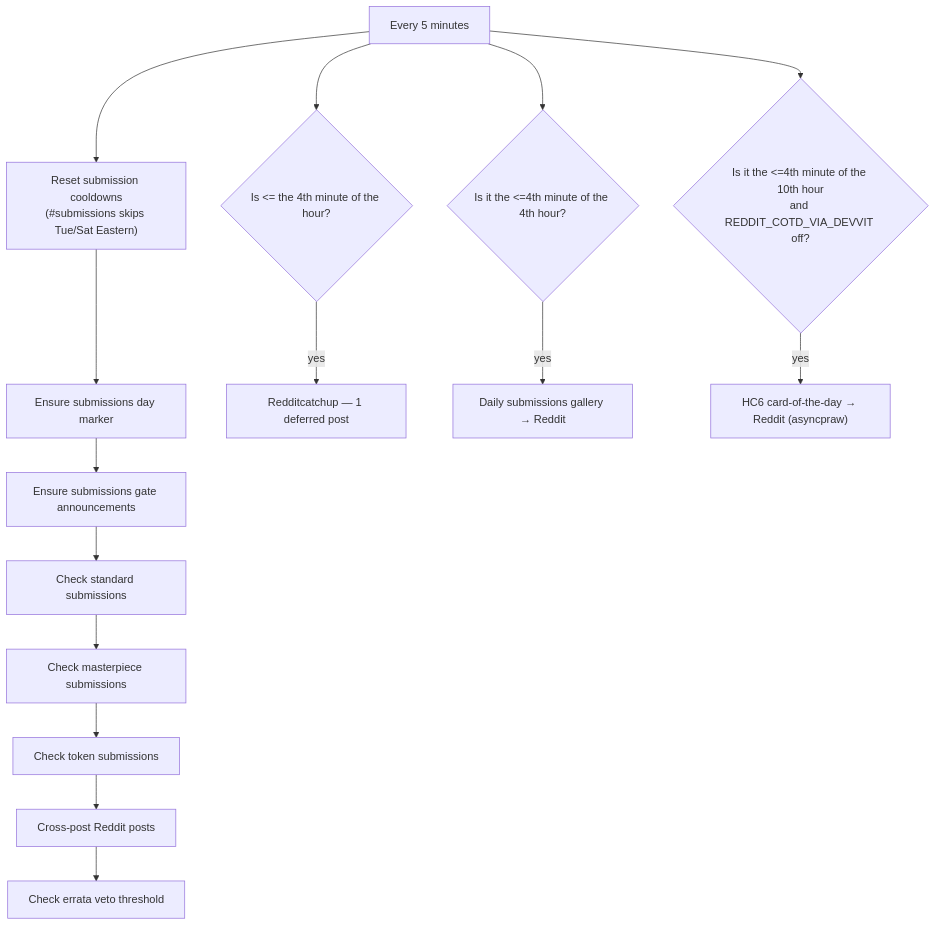
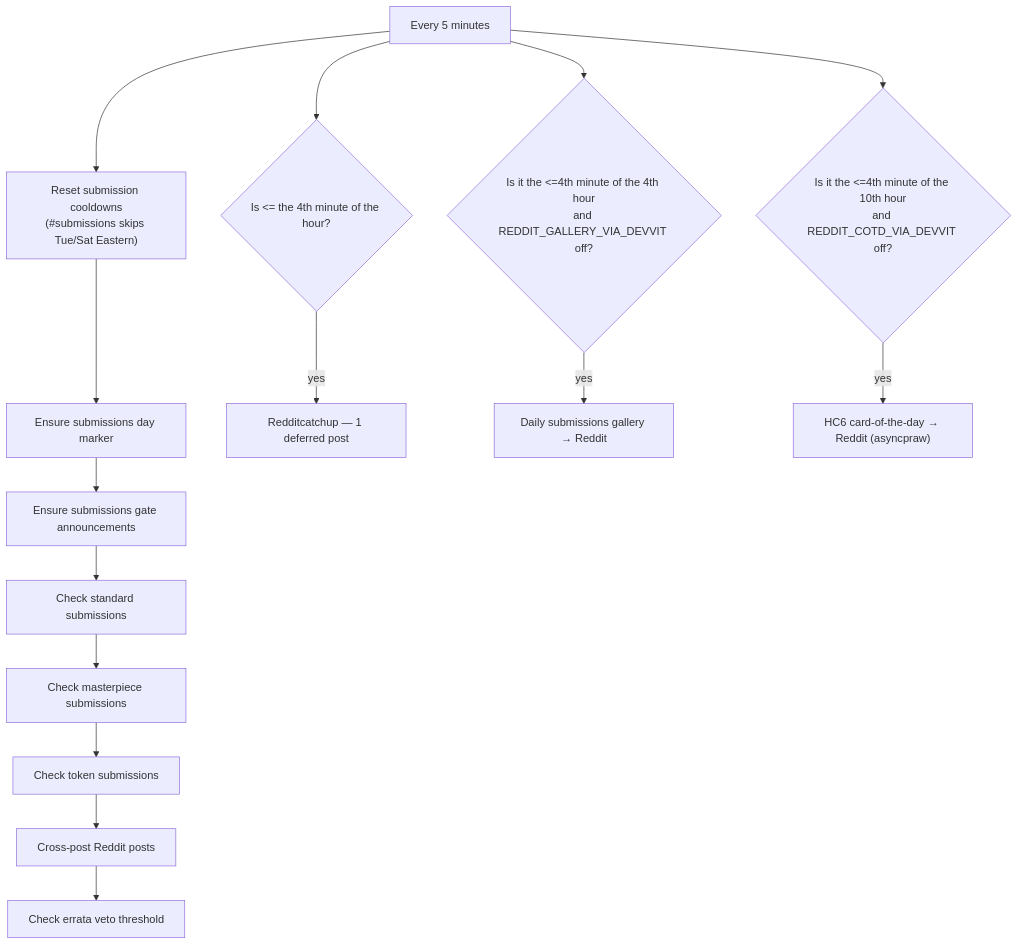
Before and after one commit to bones-bones/mork: the first of 4 diagrams in docs/card-flows/background.md, drawn with Mermaid. The commit also changed other lines of this file and 35 other files, not shown here.

First line of the commit message:
Reddit Devvit migration: mirror, reply, gallery prep, and checklist (#137)

````diff
--- a/docs/card-flows/background.md
+++ b/docs/card-flows/background.md
@@ -9,18 +9,18 @@
 ```mermaid
 flowchart TD
   LOOP["Every 5 minutes"] --> R1["Reset submission cooldowns<br/>(#submissions skips Tue/Sat Eastern)"]
   R1 --> R2["Ensure submissions day marker"]
   R2 --> R2B["Ensure submissions gate announcements"]
   R2B --> R3["Check standard submissions"]
   R3 --> R4["Check masterpiece submissions"]
   R4 --> R5["Check token submissions"]
   R5 --> R6["Cross-post Reddit posts"]
   R6 --> R7["Check errata veto threshold"]
 
   LOOP --> T0{"Is <= the 4th minute of the hour?"}
   T0 -->|yes| RC["Redditcatchup — 1 deferred post"]
-  LOOP --> T1{"Is it the <=4th minute of the 4th hour?"}
+  LOOP --> T1{"Is it the <=4th minute of the 4th hour<br/>and REDDIT_GALLERY_VIA_DEVVIT off?"}
   T1 -->|yes| GAL["Daily submissions gallery → Reddit"]
   LOOP --> T2{"Is it the <=4th minute of the 10th hour<br/>and REDDIT_COTD_VIA_DEVVIT off?"}
   T2 -->|yes| COTD["HC6 card-of-the-day → Reddit (asyncpraw)"]
 ```
````
